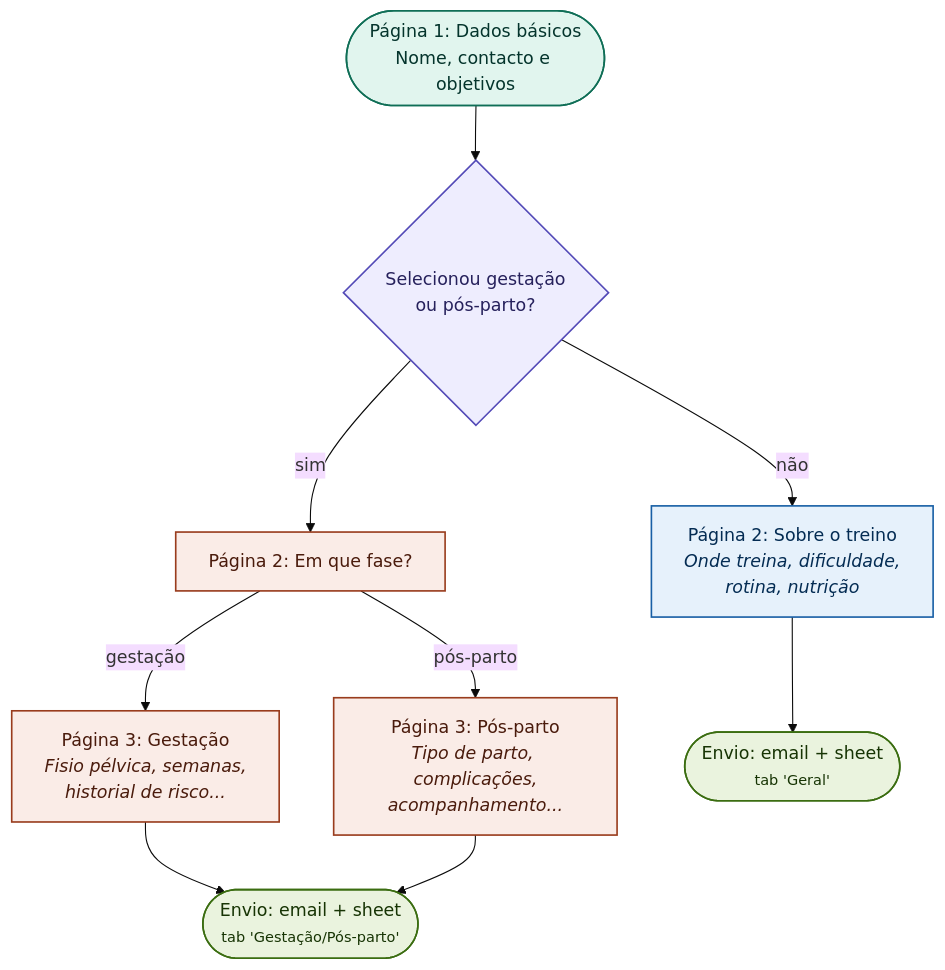
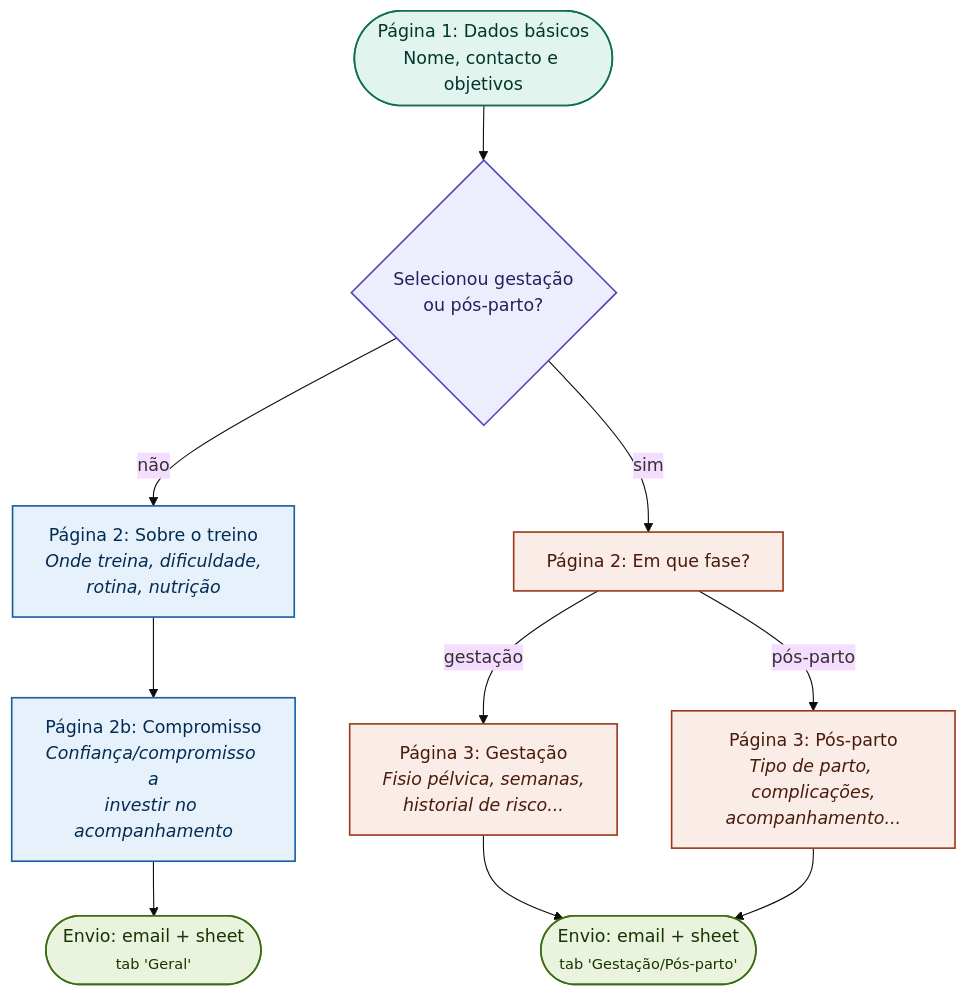
The first of 3 diagrams in README.md (C2M2-Mobile-Minds/ignite-individual-coaching-web), drawn with Mermaid (base theme) before and after one commit. The commit also changed other lines of this file and 8 other files, not shown here.

````diff
--- a/README.md
+++ b/README.md
@@ -67,26 +67,28 @@
 ```mermaid
 flowchart TD
     A(["Página 1: Dados básicos<br/>Nome, contacto e objetivos"]) --> B{"Selecionou gestação<br/>ou pós-parto?"}
 
     B -- não --> C["Página 2: Sobre o treino<br/><i>Onde treina, dificuldade,<br/>rotina, nutrição</i>"]
     B -- sim --> D["Página 2: Em que fase?"]
 
+    C --> C2["Página 2b: Compromisso<br/><i>Confiança/compromisso a<br/>investir no acompanhamento</i>"]
+
     D -- gestação --> F["Página 3: Gestação<br/><i>Fisio pélvica, semanas,<br/>historial de risco...</i>"]
     D -- pós-parto --> G["Página 3: Pós-parto<br/><i>Tipo de parto, complicações,<br/>acompanhamento...</i>"]
 
-    C --> E(["Envio: email + sheet<br/><small>tab 'Geral'</small>"])
+    C2 --> E(["Envio: email + sheet<br/><small>tab 'Geral'</small>"])
     F --> H(["Envio: email + sheet<br/><small>tab 'Gestação/Pós-parto'</small>"])
     G --> H
 
     classDef start fill:#E1F5EE,stroke:#0F6E56,stroke-width:1.5px,color:#04342C
     classDef decision fill:#EEEDFE,stroke:#534AB7,stroke-width:1.5px,color:#26215C
     classDef general fill:#E6F1FB,stroke:#185FA5,stroke-width:1.5px,color:#042C53
     classDef pregnancy fill:#FAECE7,stroke:#993C1D,stroke-width:1.5px,color:#4A1B0C
     classDef finish fill:#EAF3DE,stroke:#3B6D11,stroke-width:1.5px,color:#173404
 
     class A start
     class B decision
-    class C general
+    class C,C2 general
     class D,F,G pregnancy
     class E,H finish
 ```
````
